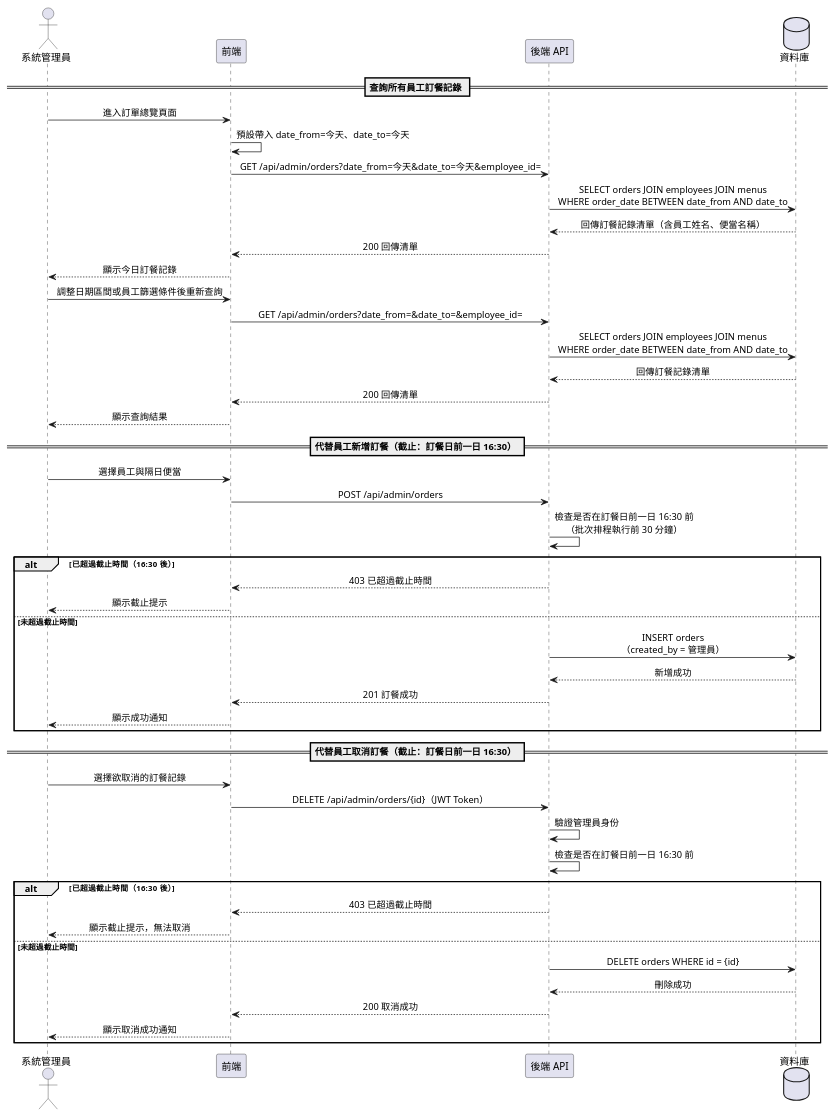
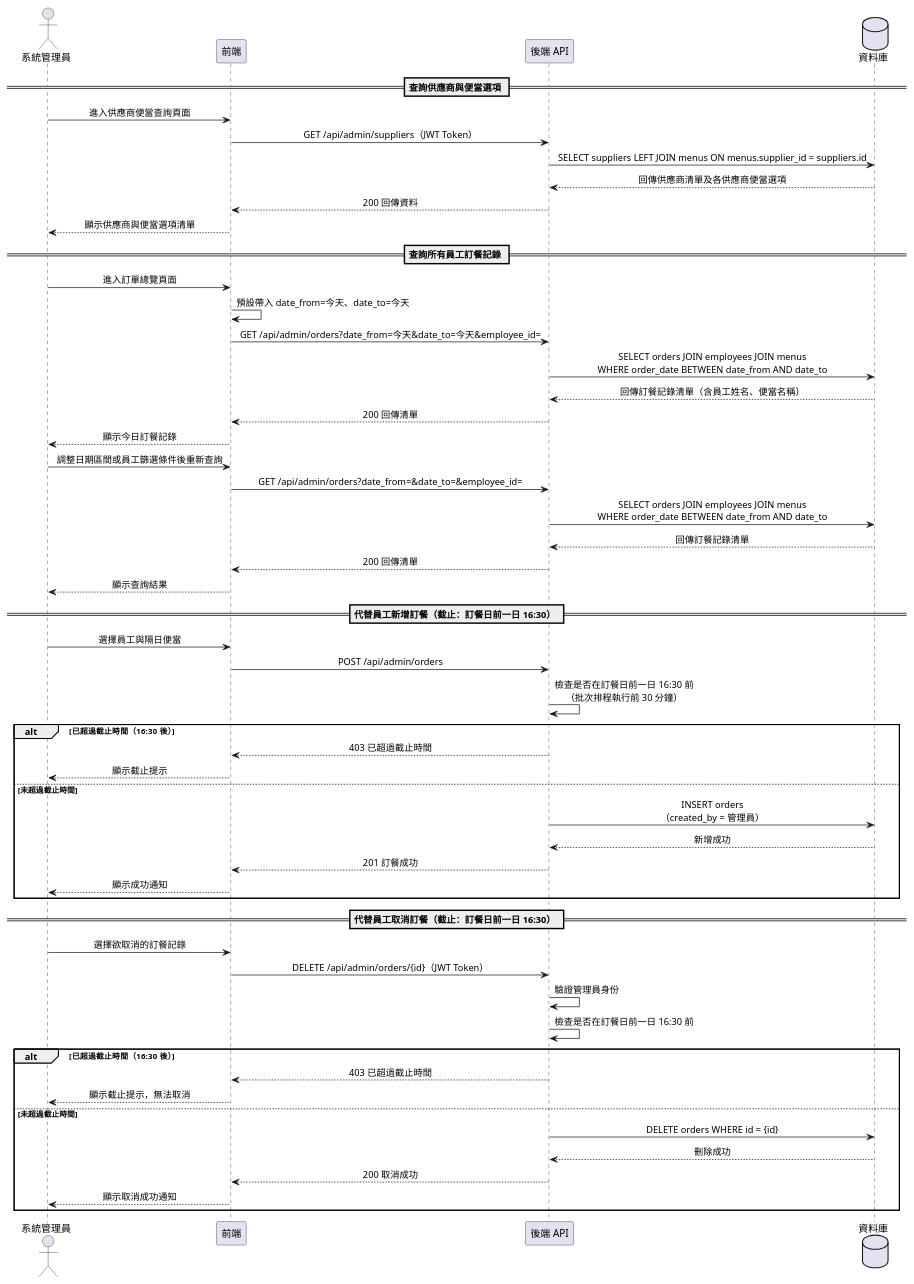
Before and after one commit to teyhawzhe/bento-uml: the diagram in output/A006/A006-sequence.puml, drawn with PlantUML. The commit also changed 4 other files, not shown here.

```diff
--- a/output/A006/A006-sequence.puml
+++ b/output/A006/A006-sequence.puml
@@ -1,53 +1,61 @@
 @startuml A006-sequence
 skinparam sequenceMessageAlign center
 
 actor "系統管理員" as Admin
 participant "前端" as Frontend
 participant "後端 API" as API
 database "資料庫" as DB
+
+== 查詢供應商與便當選項 ==
+Admin -> Frontend : 進入供應商便當查詢頁面
+Frontend -> API : GET /api/admin/suppliers（JWT Token）
+API -> DB : SELECT suppliers LEFT JOIN menus ON menus.supplier_id = suppliers.id
+DB --> API : 回傳供應商清單及各供應商便當選項
+API --> Frontend : 200 回傳資料
+Frontend --> Admin : 顯示供應商與便當選項清單
 
 == 查詢所有員工訂餐記錄 ==
 Admin -> Frontend : 進入訂單總覽頁面
 Frontend -> Frontend : 預設帶入 date_from=今天、date_to=今天
 Frontend -> API : GET /api/admin/orders?date_from=今天&date_to=今天&employee_id=
 API -> DB : SELECT orders JOIN employees JOIN menus\nWHERE order_date BETWEEN date_from AND date_to
 DB --> API : 回傳訂餐記錄清單（含員工姓名、便當名稱）
 API --> Frontend : 200 回傳清單
 Frontend --> Admin : 顯示今日訂餐記錄
 
 Admin -> Frontend : 調整日期區間或員工篩選條件後重新查詢
 Frontend -> API : GET /api/admin/orders?date_from=&date_to=&employee_id=
 API -> DB : SELECT orders JOIN employees JOIN menus\nWHERE order_date BETWEEN date_from AND date_to
 DB --> API : 回傳訂餐記錄清單
 API --> Frontend : 200 回傳清單
 Frontend --> Admin : 顯示查詢結果
 
 == 代替員工新增訂餐（截止：訂餐日前一日 16:30） ==
 Admin -> Frontend : 選擇員工與隔日便當
 Frontend -> API : POST /api/admin/orders
 API -> API : 檢查是否在訂餐日前一日 16:30 前\n（批次排程執行前 30 分鐘）
 alt 已超過截止時間（16:30 後）
     API --> Frontend : 403 已超過截止時間
     Frontend --> Admin : 顯示截止提示
 else 未超過截止時間
     API -> DB : INSERT orders\n（created_by = 管理員）
     DB --> API : 新增成功
     API --> Frontend : 201 訂餐成功
     Frontend --> Admin : 顯示成功通知
 end
 
 == 代替員工取消訂餐（截止：訂餐日前一日 16:30） ==
 Admin -> Frontend : 選擇欲取消的訂餐記錄
 Frontend -> API : DELETE /api/admin/orders/{id}（JWT Token）
 API -> API : 驗證管理員身份
 API -> API : 檢查是否在訂餐日前一日 16:30 前
 alt 已超過截止時間（16:30 後）
     API --> Frontend : 403 已超過截止時間
     Frontend --> Admin : 顯示截止提示，無法取消
 else 未超過截止時間
     API -> DB : DELETE orders WHERE id = {id}
     DB --> API : 刪除成功
     API --> Frontend : 200 取消成功
     Frontend --> Admin : 顯示取消成功通知
 end
 @enduml
```
